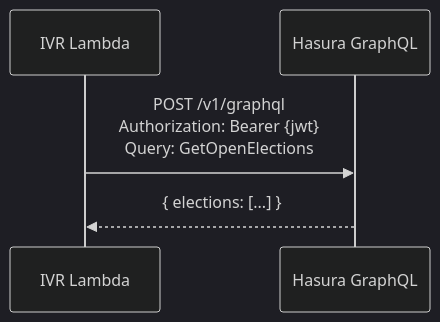
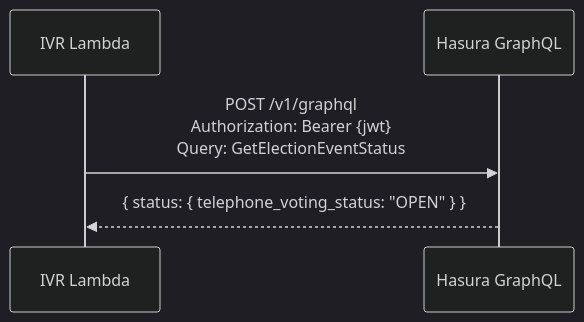
One commit to sequentech/step changed the sixth of 10 diagrams in docs/docusaurus/docs/07-developers/12-ivr/ivr-system-design.md. Above: the diagram before and after it, drawn with Mermaid (dark theme). The commit also changed other lines of this file and 1 other file, not shown here.

````diff
--- a/docs/docusaurus/docs/07-developers/12-ivr/ivr-system-design.md
+++ b/docs/docusaurus/docs/07-developers/12-ivr/ivr-system-design.md
@@ -894,8 +927,8 @@
 ```mermaid
 sequenceDiagram
     participant Lambda as IVR Lambda
     participant Hasura as Hasura GraphQL
 
-    Lambda->>Hasura: POST /v1/graphql<br/>Authorization: Bearer {jwt}<br/>Query: GetOpenElections
-    Hasura-->>Lambda: { elections: [...] }
+    Lambda->>Hasura: POST /v1/graphql<br/>Authorization: Bearer {jwt}<br/>Query: GetElectionEventStatus
+    Hasura-->>Lambda: { status: { telephone_voting_status: "OPEN" } }
 ```
````
